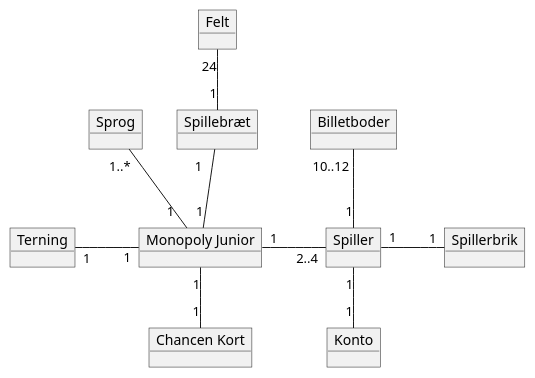
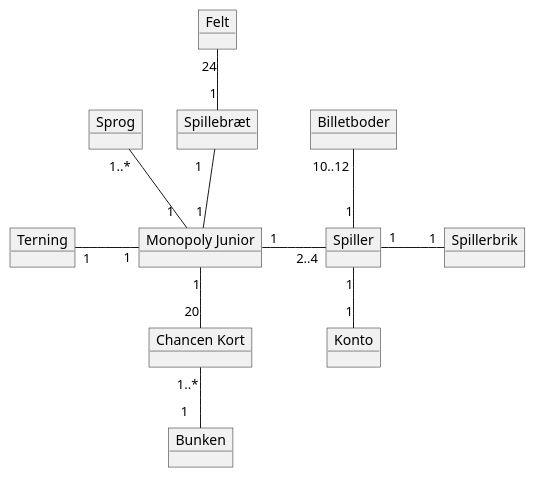
Before and after one commit to Greve2001/CDIO3: the diagram in diagrams/DM_Diagram.puml, drawn with PlantUML.

Commit message:
Updated domain model

```diff
--- a/diagrams/DM_Diagram.puml
+++ b/diagrams/DM_Diagram.puml
@@ -1,25 +1,27 @@
 @startuml
 'https://plantuml.com/object-diagram
 
+object Bunken
 object Spillerbrik
 object Spiller
 object Terning
 object Sprog
 object "Monopoly Junior" as game
 object Konto
 object "Spillebræt" as board
 object Felt
 object "Chancen Kort" as chance
 object Billetboder
 
-chance          "1"         -up-        "1"                 game
+chance          "20"         -up-        "1"                game
 Sprog           "1..*"      --          "1  "               game
 Felt            "24"        --          "1"                 board
 board           "1   "      -down-      "1"                 game
 Spiller         "1"         --          "1"                 Konto
 Spiller         "2..4"      -left-      "1"                 game    : \t
 Spiller         "1"         -right-     "1"                 Spillerbrik :\t
 Spiller         "1"         -up-        "10..12"            Billetboder :\t
 Terning         "1    "     -right-     "    1"             game    : \t
+Bunken          "1   "      -up-        "1..*"              chance
 
 @enduml
```
